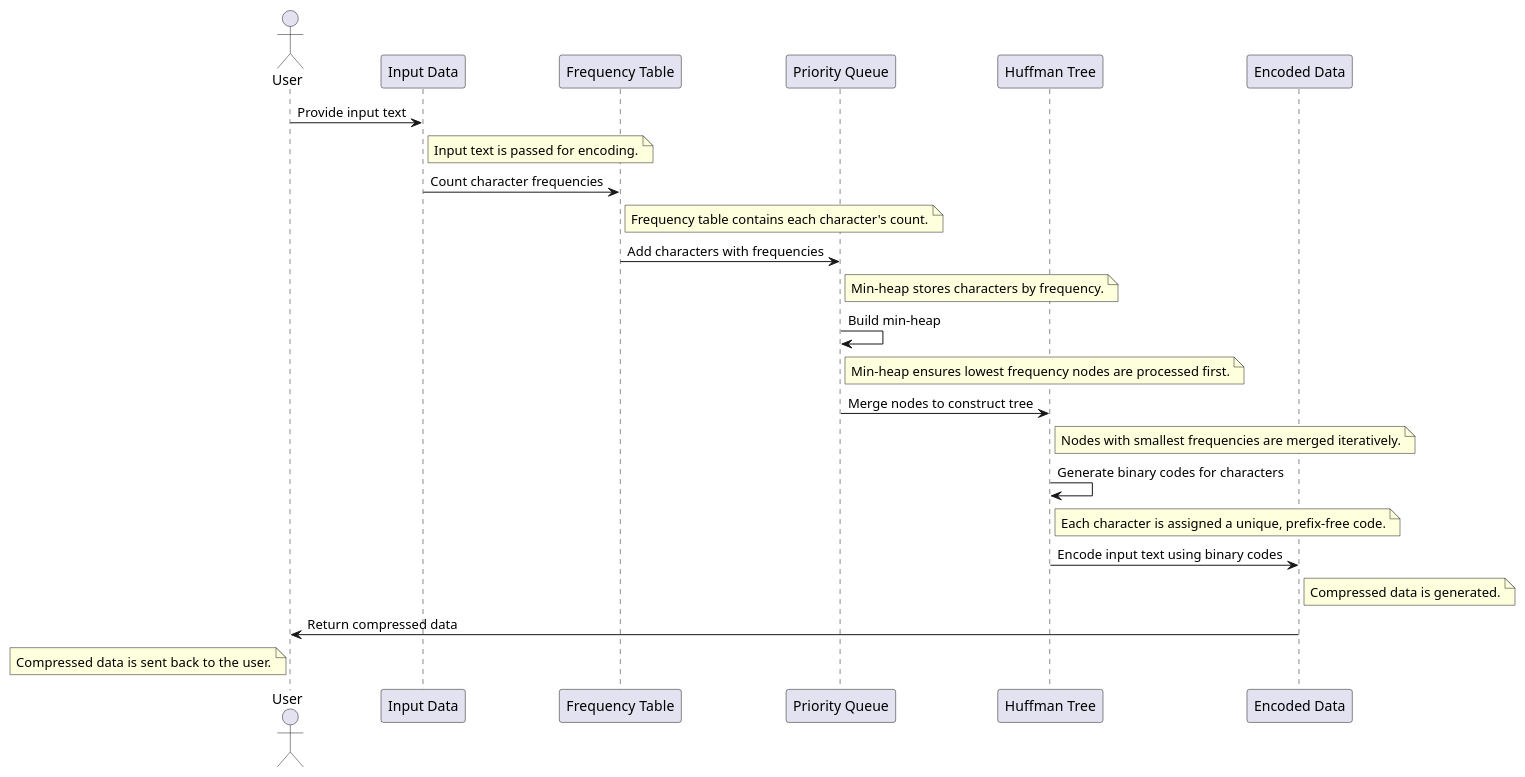
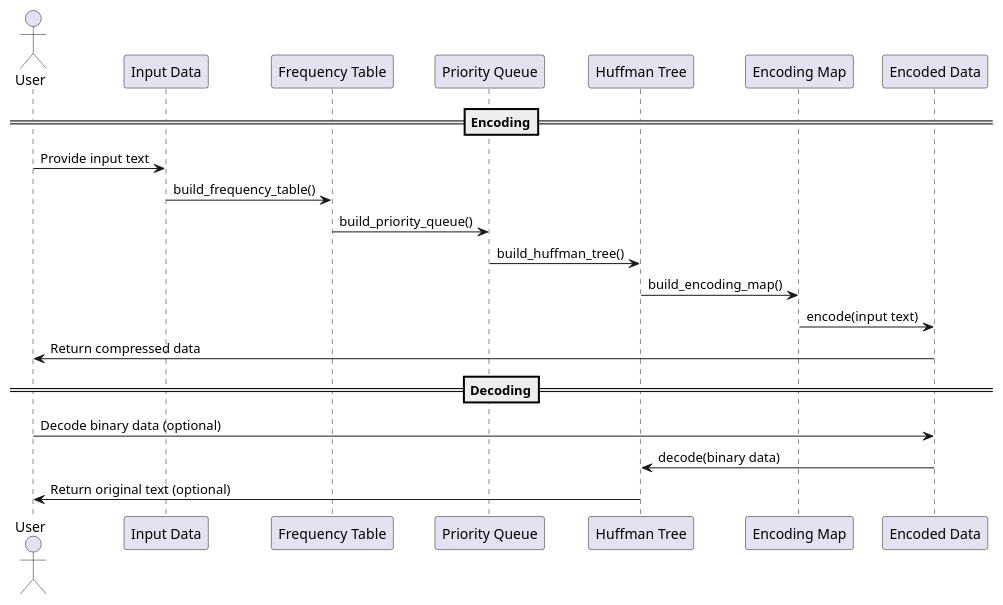
Before and after one commit to jayd719/huffmanCoding: the diagram in docs/sequenceDiagram.plantuml, drawn with PlantUML. The commit also changed 4 other files, not shown here.

```diff
--- a/docs/sequenceDiagram.plantuml
+++ b/docs/sequenceDiagram.plantuml
@@ -1,33 +1,26 @@
-@startuml de
+@startuml seq
 actor User
-participant "Input Data" as Data
+
+participant "Input Data" as InputData
 participant "Frequency Table" as FrequencyTable
 participant "Priority Queue" as PriorityQueue
 participant "Huffman Tree" as HuffmanTree
+participant "Encoding Map" as EncodingMap
 participant "Encoded Data" as EncodedData
 
-User -> Data: Provide input text
-note right of Data: Input text is passed for encoding.
+==Encoding==
+User -> InputData : Provide input text
+InputData -> FrequencyTable : build_frequency_table()
+FrequencyTable -> PriorityQueue : build_priority_queue()
+PriorityQueue -> HuffmanTree : build_huffman_tree()
+HuffmanTree -> EncodingMap : build_encoding_map()
+EncodingMap -> EncodedData : encode(input text)
+EncodedData -> User : Return compressed data
 
-Data -> FrequencyTable: Count character frequencies
-note right of FrequencyTable: Frequency table contains each character's count.
 
-FrequencyTable -> PriorityQueue: Add characters with frequencies
-note right of PriorityQueue: Min-heap stores characters by frequency.
-
-PriorityQueue -> PriorityQueue: Build min-heap
-note right of PriorityQueue: Min-heap ensures lowest frequency nodes are processed first.
-
-PriorityQueue -> HuffmanTree: Merge nodes to construct tree
-note right of HuffmanTree: Nodes with smallest frequencies are merged iteratively.
-
-HuffmanTree -> HuffmanTree: Generate binary codes for characters
-note right of HuffmanTree: Each character is assigned a unique, prefix-free code.
-
-HuffmanTree -> EncodedData: Encode input text using binary codes
-note right of EncodedData: Compressed data is generated.
-
-EncodedData -> User: Return compressed data
-note left of User: Compressed data is sent back to the user.
+==Decoding==
+User -> EncodedData : Decode binary data (optional)
+EncodedData -> HuffmanTree : decode(binary data)
+HuffmanTree -> User : Return original text (optional)
 
 @enduml
```
